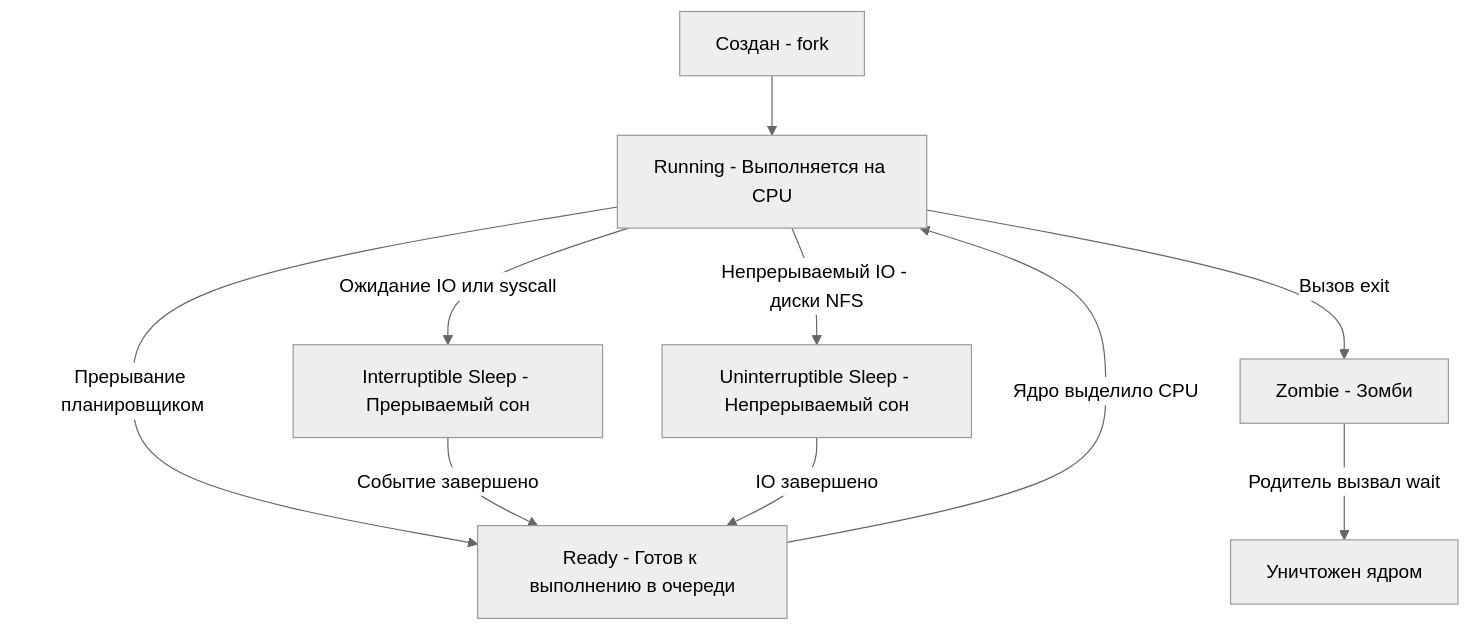
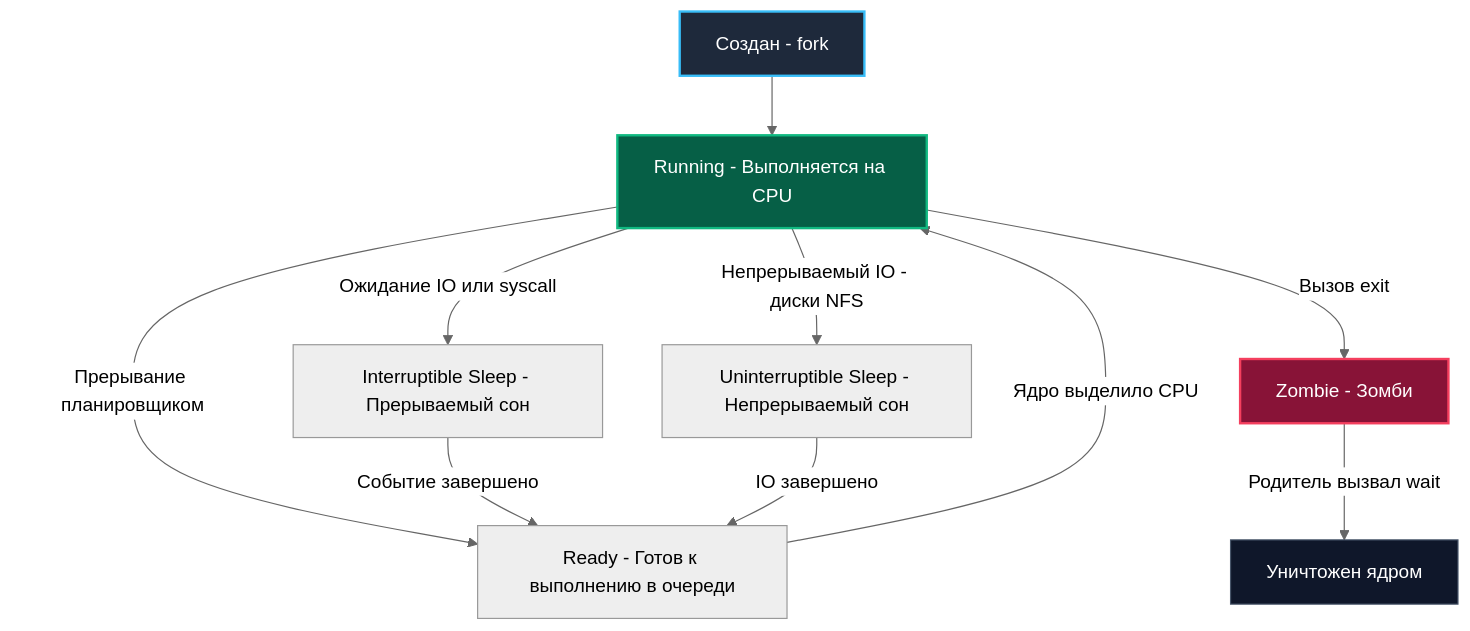
The diagram in sources/19. Инфраструктура. Linux, nginx, Docker, Kubernetes/01. Linux/2. Процессы и сигналы.md (UnrealTemplier/go-textbook), drawn with Mermaid (neutral theme) before and after one commit. The commit also changed other lines of this file, not shown here.

````diff
--- a/sources/19. Инфраструктура. Linux, nginx, Docker, Kubernetes/01. Linux/2. Процессы и сигналы.md
+++ b/sources/19. Инфраструктура. Linux, nginx, Docker, Kubernetes/01. Linux/2. Процессы и сигналы.md
@@ -18,12 +27,17 @@
 ```mermaid
 flowchart TD
     A["Создан - fork"] --> B["Running - Выполняется на CPU"]
     B -->|"Прерывание планировщиком"| C["Ready - Готов к выполнению в очереди"]
     C -->|"Ядро выделило CPU"| B
     B -->|"Ожидание IO или syscall"| D["Interruptible Sleep - Прерываемый сон"]
     D -->|"Событие завершено"| C
     B -->|"Непрерываемый IO - диски NFS"| E["Uninterruptible Sleep - Непрерываемый сон"]
     E -->|"IO завершено"| C
     B -->|"Вызов exit"| F["Zombie - Зомби"]
     F -->|"Родитель вызвал wait"| G["Уничтожен ядром"]
+
+    style A fill:#1e293b,stroke:#38bdf8,stroke-width:2px,color:#fff
+    style B fill:#065f46,stroke:#10b981,stroke-width:2px,color:#fff
+    style F fill:#881337,stroke:#f43f5e,stroke-width:2px,color:#fff
+    style G fill:#0f172a,stroke:#475569,stroke-width:1px,color:#fff
 ```
````
